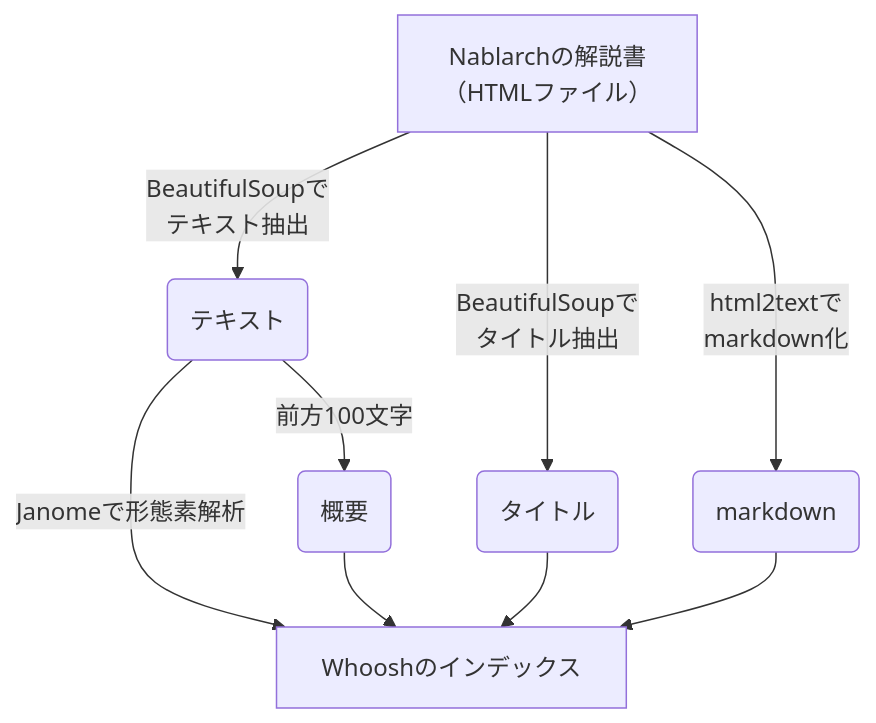
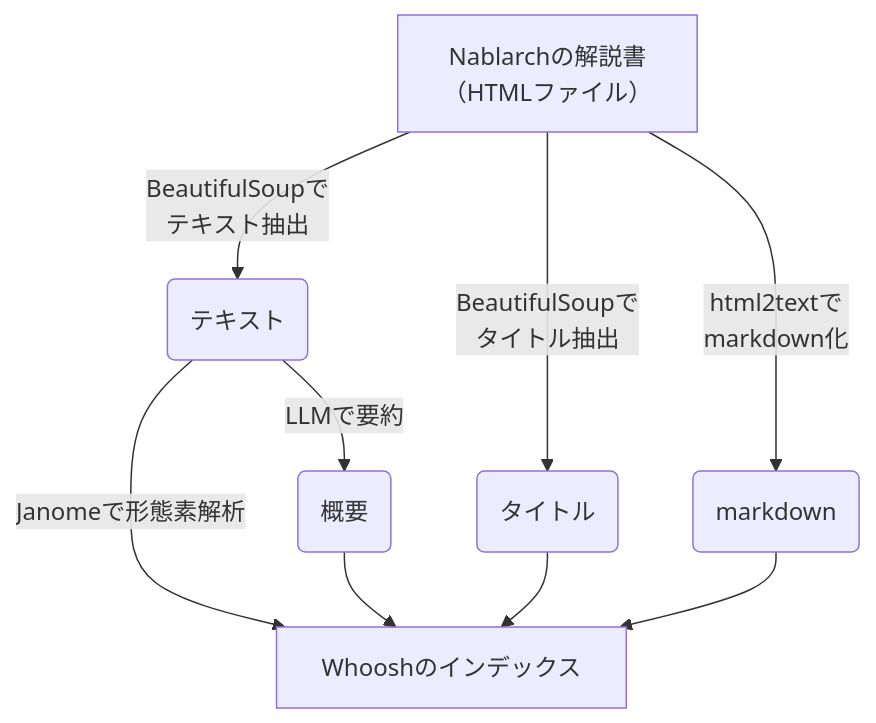
The second of 2 diagrams in README.md (backpaper0/nabchan-mcp-server), drawn with Mermaid before and after one commit.

````diff
--- a/README.md
+++ b/README.md
@@ -53,18 +53,18 @@
 ```mermaid
 graph TD
    h[Nablarchの解説書<br>（HTMLファイル）]
    c(テキスト)
    d(概要)
    t(タイトル)
    m(markdown)
    i[Whooshのインデックス]
 
    h -->|BeautifulSoupで<br>テキスト抽出| c
    c -->|Janomeで形態素解析| i
-   c -->|前方100文字| d
+   c -->|LLMで要約| d
    d --> i
    h -->|BeautifulSoupで<br>タイトル抽出|t
    t --> i
    h -->|html2textで<br>markdown化| m
    m --> i
 ```
````
